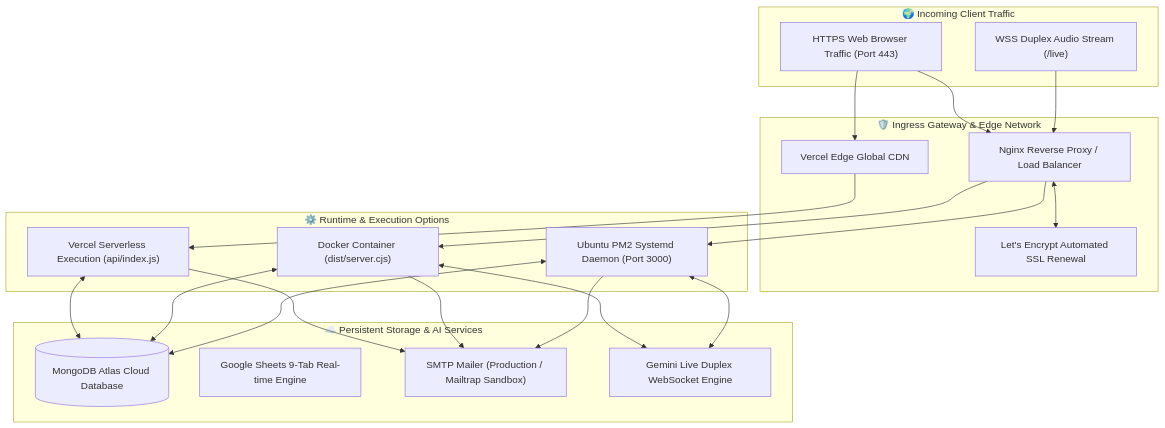
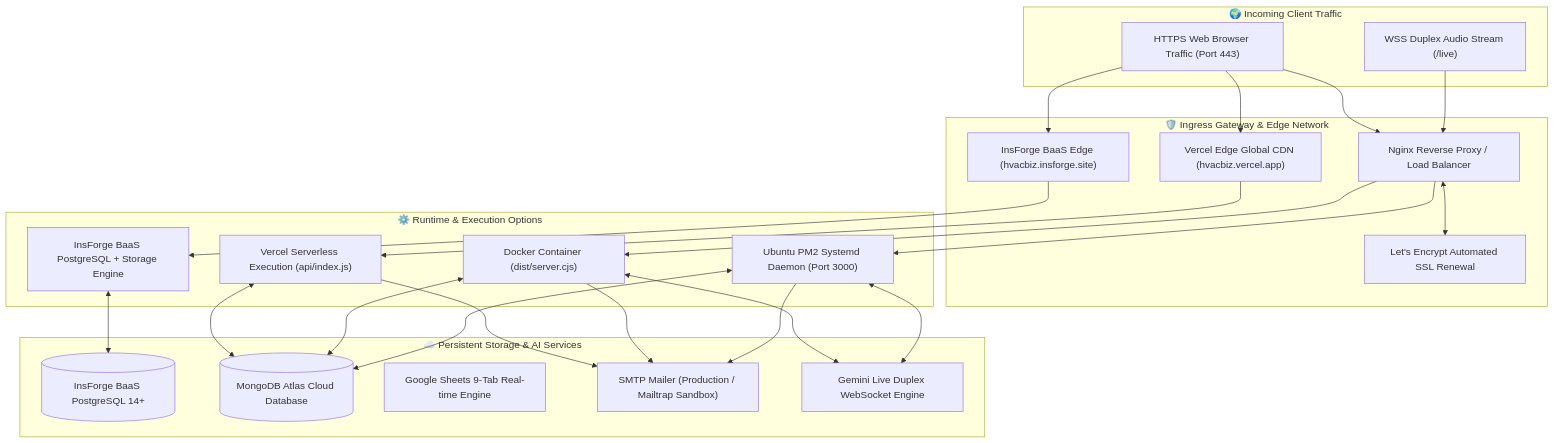
One commit to shivenkg/AlphaERP-V1 changed the diagram in DEPLOYMENT_MANUAL.md. Above: the diagram before and after it, drawn with Mermaid. The commit also changed other lines of this file and 23 other files, not shown here.

````diff
--- a/DEPLOYMENT_MANUAL.md
+++ b/DEPLOYMENT_MANUAL.md
@@ -18,41 +21,46 @@
 ```mermaid
 flowchart TD
     subgraph TrafficSource["🌍 Incoming Client Traffic"]
         WebUsers["HTTPS Web Browser Traffic (Port 443)"]
         WSUsers["WSS Duplex Audio Stream (/live)"]
     end
 
     subgraph IngressGateway["🛡️ Ingress Gateway & Edge Network"]
-        VercelCDN["Vercel Edge Global CDN"]
+        InsForgeEdge["InsForge BaaS Edge (hvacbiz.insforge.site)"]
+        VercelCDN["Vercel Edge Global CDN (hvacbiz.vercel.app)"]
         NginxProxy["Nginx Reverse Proxy / Load Balancer"]
         Certbot["Let's Encrypt Automated SSL Renewal"]
         NginxProxy <--> Certbot
     end
 
     subgraph ExecutionLayer["⚙️ Runtime & Execution Options"]
+        InsForgeBaaS["InsForge BaaS PostgreSQL + Storage Engine"]
         VercelFunc["Vercel Serverless Execution (api/index.js)"]
         DockerContainer["Docker Container (dist/server.cjs)"]
         PM2Service["Ubuntu PM2 Systemd Daemon (Port 3000)"]
     end
 
     subgraph PersistentBackend["☁️ Persistent Storage & AI Services"]
+        InsForgeDB[("InsForge BaaS PostgreSQL 14+")]
         MongoCluster[("MongoDB Atlas Cloud Database")]
         GoogleSheets["Google Sheets 9-Tab Real-time Engine"]
         SMTPHost["SMTP Mailer (Production / Mailtrap Sandbox)"]
         GeminiVoice["Gemini Live Duplex WebSocket Engine"]
     end
 
+    WebUsers --> InsForgeEdge --> InsForgeBaaS
     WebUsers --> VercelCDN --> VercelFunc
     WebUsers --> NginxProxy
     WSUsers --> NginxProxy
     NginxProxy --> DockerContainer
     NginxProxy --> PM2Service
+    InsForgeBaaS <--> InsForgeDB
     VercelFunc <--> MongoCluster
     VercelFunc --> SMTPHost
     DockerContainer <--> MongoCluster
     DockerContainer --> SMTPHost
     DockerContainer <--> GeminiVoice
     PM2Service <--> MongoCluster
     PM2Service --> SMTPHost
     PM2Service <--> GeminiVoice
 ```
````
